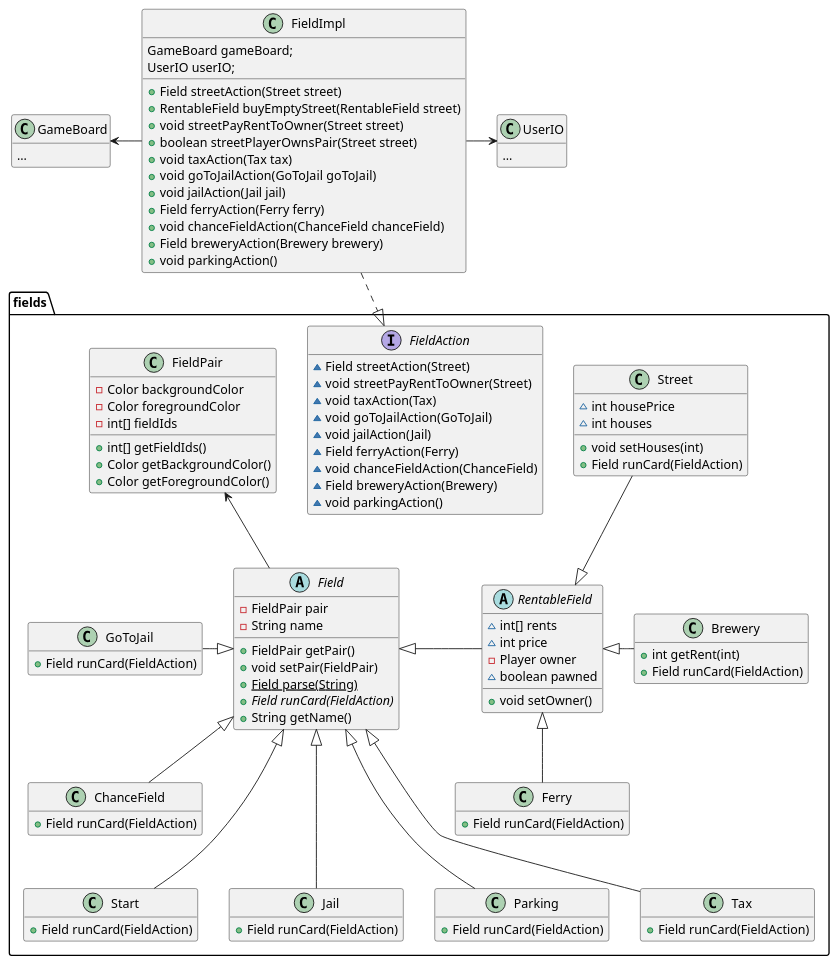
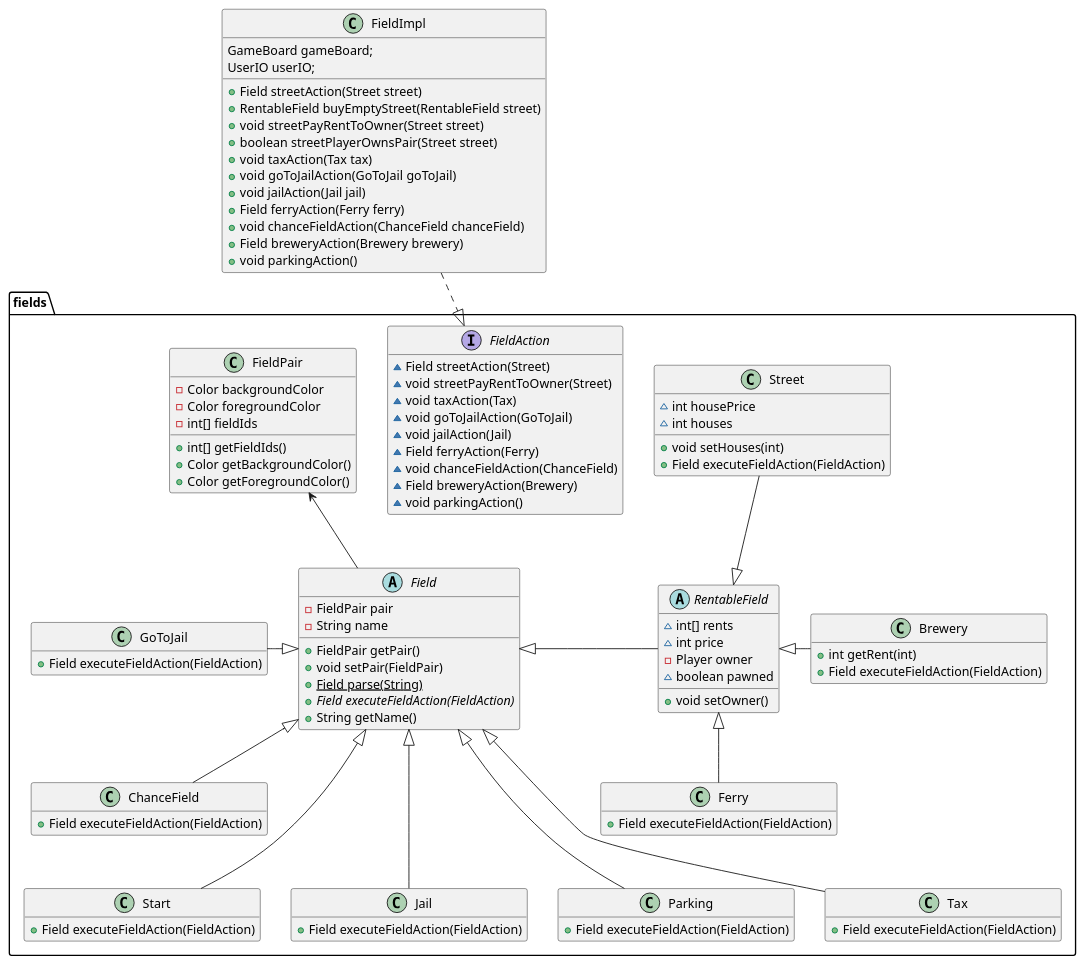
Before and after one commit to xdTobs/_22_del3: the diagram in diagrams/fields.puml, drawn with PlantUML. The commit also changed 5 other files, not shown here.

```diff
--- a/diagrams/fields.puml
+++ b/diagrams/fields.puml
@@ -1,120 +1,109 @@
 @startuml
-class GameBoard{
-    ...
-}
-class UserIO{
-    ...
-}
 
 class FieldImpl{
     GameBoard gameBoard;
     UserIO userIO;
     + Field streetAction(Street street)
     + RentableField buyEmptyStreet(RentableField street)
     + void streetPayRentToOwner(Street street)
     + boolean streetPlayerOwnsPair(Street street)
     + void taxAction(Tax tax)
     + void goToJailAction(GoToJail goToJail)
     + void jailAction(Jail jail)
     + Field ferryAction(Ferry ferry)
     + void chanceFieldAction(ChanceField chanceField)
     + Field breweryAction(Brewery brewery)
     + void parkingAction()
 }
 ' implements FieldAction {
 hide empty members
 package fields {
     class ChanceField {
-        + Field runCard(FieldAction)
+        + Field executeFieldAction(FieldAction)
     }
     class Ferry {
-        + Field runCard(FieldAction)
+        + Field executeFieldAction(FieldAction)
     }
     class GoToJail {
-        + Field runCard(FieldAction)
+        + Field executeFieldAction(FieldAction)
     }
     class Jail {
-        + Field runCard(FieldAction)
+        + Field executeFieldAction(FieldAction)
     }
     class Parking {
-        + Field runCard(FieldAction)
+        + Field executeFieldAction(FieldAction)
     }
     class Start {
-        + Field runCard(FieldAction)
+        + Field executeFieldAction(FieldAction)
     }
     class Tax {
-        + Field runCard(FieldAction)
+        + Field executeFieldAction(FieldAction)
     }
     class Street {
         ~ int housePrice
         ~ int houses
         + void setHouses(int)
-        + Field runCard(FieldAction)
+        + Field executeFieldAction(FieldAction)
     }
     class FieldPair {
         - Color backgroundColor
         - Color foregroundColor
         - int[] fieldIds
         + int[] getFieldIds()
         + Color getBackgroundColor()
         + Color getForegroundColor()
     }
     abstract class RentableField {
         ~ int[] rents
         ~ int price
         - Player owner
         ~ boolean pawned
         + void setOwner()
     }
     interface FieldAction {
         ~ Field streetAction(Street)
         ~ void streetPayRentToOwner(Street)
         ~ void taxAction(Tax)
         ~ void goToJailAction(GoToJail)
         ~ void jailAction(Jail)
         ~ Field ferryAction(Ferry)
         ~ void chanceFieldAction(ChanceField)
         ~ Field breweryAction(Brewery)
         ~ void parkingAction()
     }
     class Brewery {
         + int getRent(int)
-        + Field runCard(FieldAction)
+        + Field executeFieldAction(FieldAction)
     }
     abstract class Field {
         - FieldPair pair
         - String name
         + FieldPair getPair()
         + void setPair(FieldPair)
         + {static} Field parse(String)
-        + {abstract}Field runCard(FieldAction)
+        + {abstract}Field executeFieldAction(FieldAction)
         + String getName()
     }
 }
 
-'UserIO -down-> GameBoard
 FieldImpl -[hidden]-> FieldPair
-FieldImpl -right-> UserIO
-FieldImpl -left-> GameBoard
-'UserIO -down-> GameBoard
-'GameBoard-->FieldPair
 
 GoToJail -down[hidden]-> ChanceField
 ChanceField -down[hidden]-> Start
 Start -right[hidden]-> Jail
 Jail -right[hidden]-> Parking
 Parking -right[hidden]-> Tax
 
 FieldImpl ..|> FieldAction
 Field -up-> FieldPair
 Field <|-left- GoToJail
 Field <|-- ChanceField
 Start -up-|> Field
 Field <|- Jail
 Field <|- Parking
 Field <|-- Tax
 Field <|-right- RentableField
 RentableField <|-down- Ferry
 RentableField <|-up- Street
 RentableField <|-right- Brewery
 @enduml
```
